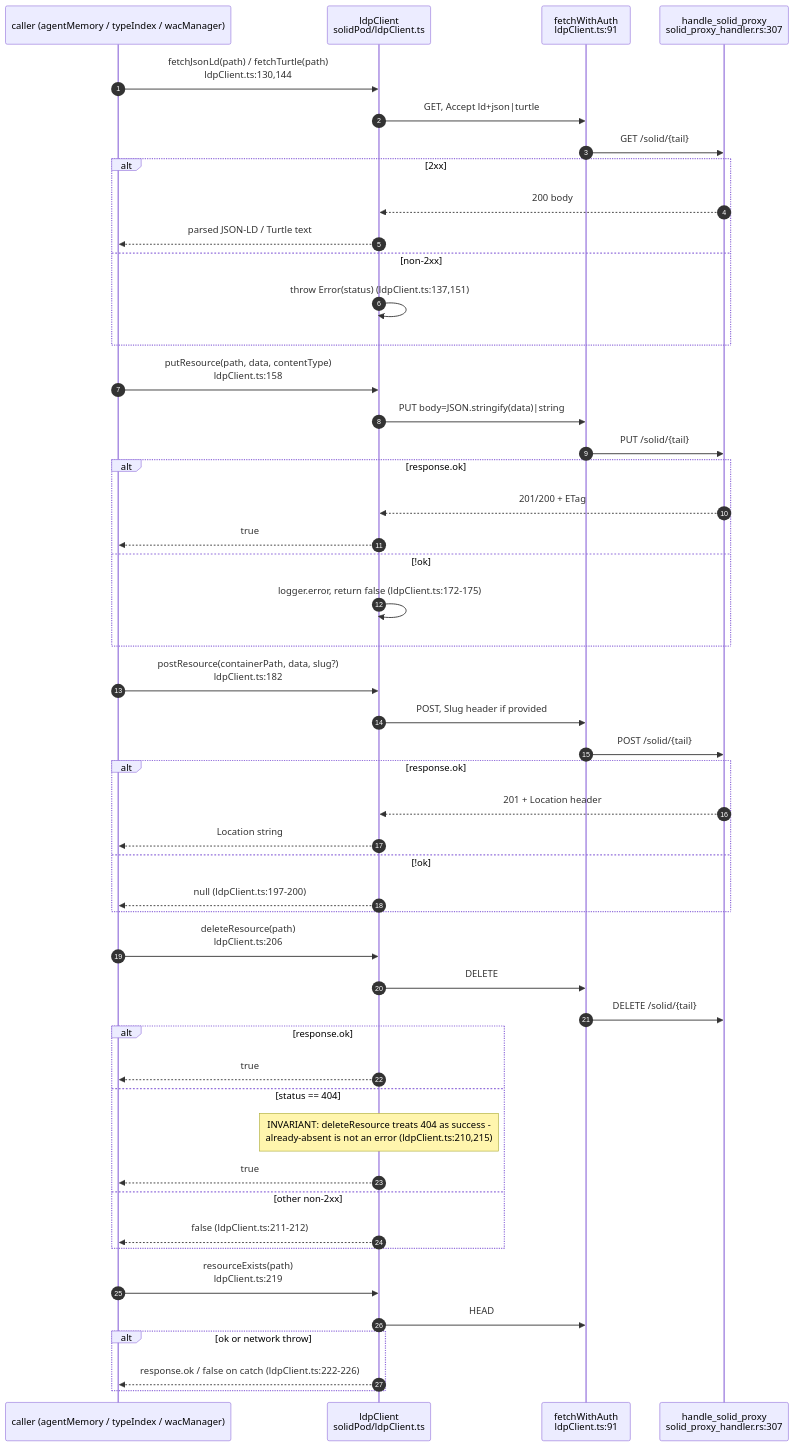
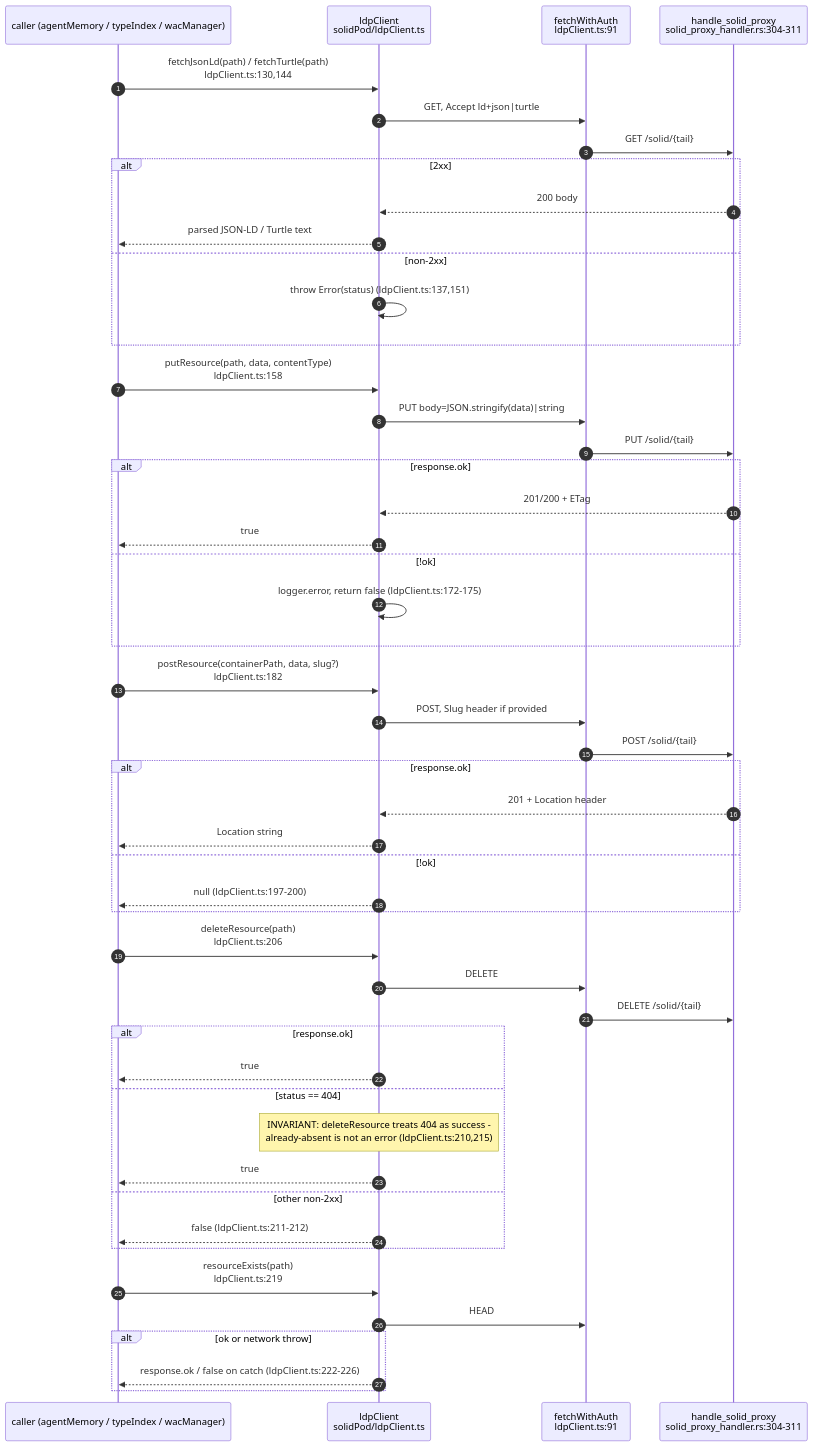
Before and after one commit to DreamLab-AI/AR-AI-Knowledge-Graph: the fifth of 12 diagrams in docs/diagrams/visionclaw/26-solid-pod-and-jss.md, drawn with Mermaid. The commit also changed other lines of this file and 36 other files, not shown here.

````diff
--- a/docs/diagrams/visionclaw/26-solid-pod-and-jss.md
+++ b/docs/diagrams/visionclaw/26-solid-pod-and-jss.md
@@ -203,56 +203,56 @@
 ```mermaid
 sequenceDiagram
     autonumber
     participant App as caller (agentMemory / typeIndex / wacManager)
     participant L as ldpClient<br/>solidPod/ldpClient.ts
     participant F as fetchWithAuth<br/>ldpClient.ts:91
-    participant P as handle_solid_proxy<br/>solid_proxy_handler.rs:307
+    participant P as handle_solid_proxy<br/>solid_proxy_handler.rs:304-311
 
     App->>L: fetchJsonLd(path) / fetchTurtle(path)<br/>ldpClient.ts:130,144
     L->>F: GET, Accept ld+json|turtle
     F->>P: GET /solid/{tail}
     alt 2xx
         P-->>L: 200 body
         L-->>App: parsed JSON-LD / Turtle text
     else non-2xx
         L->>L: throw Error(status) (ldpClient.ts:137,151)
     end
 
     App->>L: putResource(path, data, contentType)<br/>ldpClient.ts:158
     L->>F: PUT body=JSON.stringify(data)|string
     F->>P: PUT /solid/{tail}
     alt response.ok
         P-->>L: 201/200 + ETag
         L-->>App: true
     else !ok
         L->>L: logger.error, return false (ldpClient.ts:172-175)
     end
 
     App->>L: postResource(containerPath, data, slug?)<br/>ldpClient.ts:182
     L->>F: POST, Slug header if provided
     F->>P: POST /solid/{tail}
     alt response.ok
         P-->>L: 201 + Location header
         L-->>App: Location string
     else !ok
         L-->>App: null (ldpClient.ts:197-200)
     end
 
     App->>L: deleteResource(path)<br/>ldpClient.ts:206
     L->>F: DELETE
     F->>P: DELETE /solid/{tail}
     alt response.ok
         L-->>App: true
     else status == 404
         Note over L: INVARIANT: deleteResource treats 404 as success -<br/>already-absent is not an error (ldpClient.ts:210,215)
         L-->>App: true
     else other non-2xx
         L-->>App: false (ldpClient.ts:211-212)
     end
 
     App->>L: resourceExists(path)<br/>ldpClient.ts:219
     L->>F: HEAD
     alt ok or network throw
         L-->>App: response.ok / false on catch (ldpClient.ts:222-226)
     end
 ```
````
